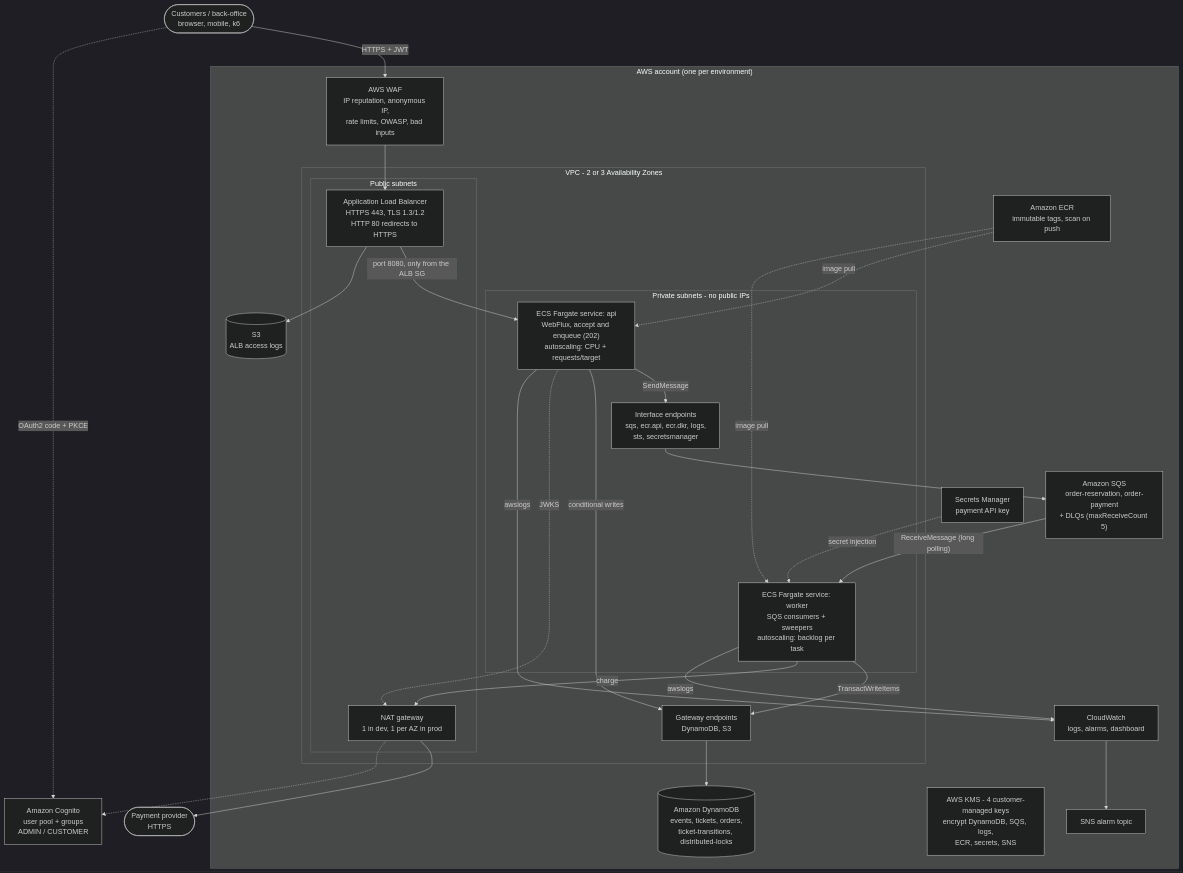
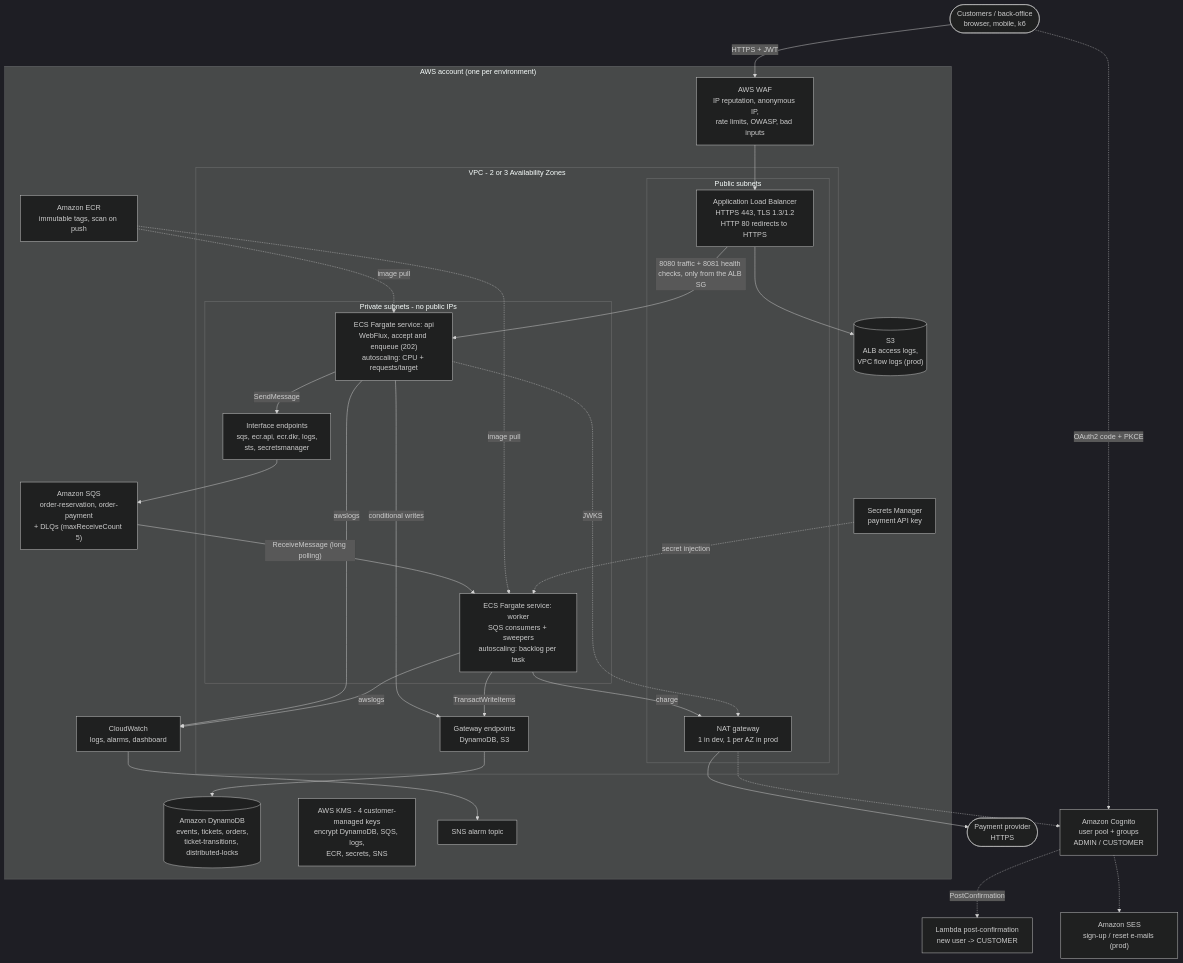
Before and after one commit to CristianCamargo04/ms-ticket: the diagram in infra/terraform/README.md, drawn with Mermaid (dark theme). The commit also changed other lines of this file and 37 other files, not shown here.

````diff
--- a/infra/terraform/README.md
+++ b/infra/terraform/README.md
@@ -33,49 +33,53 @@
 ```mermaid
 flowchart TB
     client(["Customers / back-office<br/>browser, mobile, k6"])
     cognito["Amazon Cognito<br/>user pool + groups<br/>ADMIN / CUSTOMER"]
+    trigger["Lambda post-confirmation<br/>new user -> CUSTOMER"]
+    ses["Amazon SES<br/>sign-up / reset e-mails (prod)"]
     payment(["Payment provider<br/>HTTPS"])
 
     subgraph aws["AWS account (one per environment)"]
         waf["AWS WAF<br/>IP reputation, anonymous IP,<br/>rate limits, OWASP, bad inputs"]
         subgraph vpc["VPC - 2 or 3 Availability Zones"]
             subgraph public["Public subnets"]
                 alb["Application Load Balancer<br/>HTTPS 443, TLS 1.3/1.2<br/>HTTP 80 redirects to HTTPS"]
                 nat["NAT gateway<br/>1 in dev, 1 per AZ in prod"]
             end
             subgraph private["Private subnets - no public IPs"]
                 api["ECS Fargate service: api<br/>WebFlux, accept and enqueue (202)<br/>autoscaling: CPU + requests/target"]
                 worker["ECS Fargate service: worker<br/>SQS consumers + sweepers<br/>autoscaling: backlog per task"]
                 vpce["Interface endpoints<br/>sqs, ecr.api, ecr.dkr, logs,<br/>sts, secretsmanager"]
             end
             gw["Gateway endpoints<br/>DynamoDB, S3"]
         end
         sqs["Amazon SQS<br/>order-reservation, order-payment<br/>+ DLQs (maxReceiveCount 5)"]
         ddb[("Amazon DynamoDB<br/>events, tickets, orders,<br/>ticket-transitions, distributed-locks")]
         ecr["Amazon ECR<br/>immutable tags, scan on push"]
         sm["Secrets Manager<br/>payment API key"]
         kms["AWS KMS - 4 customer-managed keys<br/>encrypt DynamoDB, SQS, logs,<br/>ECR, secrets, SNS"]
         cw["CloudWatch<br/>logs, alarms, dashboard"]
         sns["SNS alarm topic"]
-        s3logs[("S3<br/>ALB access logs")]
+        s3logs[("S3<br/>ALB access logs,<br/>VPC flow logs (prod)")]
     end
 
     client -->|"HTTPS + JWT"| waf --> alb
     client -.->|"OAuth2 code + PKCE"| cognito
-    alb -->|"port 8080, only from the ALB SG"| api
+    cognito -.->|"PostConfirmation"| trigger
+    cognito -.-> ses
+    alb -->|"8080 traffic + 8081 health checks, only from the ALB SG"| api
     api -->|"SendMessage"| vpce
     vpce --> sqs
     sqs -->|"ReceiveMessage (long polling)"| worker
     api -->|"conditional writes"| gw
     worker -->|"TransactWriteItems"| gw
     gw --> ddb
     worker -->|"charge"| nat --> payment
     api -.->|"JWKS"| nat -.-> cognito
     ecr -.->|"image pull"| api
     ecr -.->|"image pull"| worker
     sm -.->|"secret injection"| worker
     api -->|"awslogs"| cw
     worker -->|"awslogs"| cw
     alb --> s3logs
     cw --> sns
 ```
````
